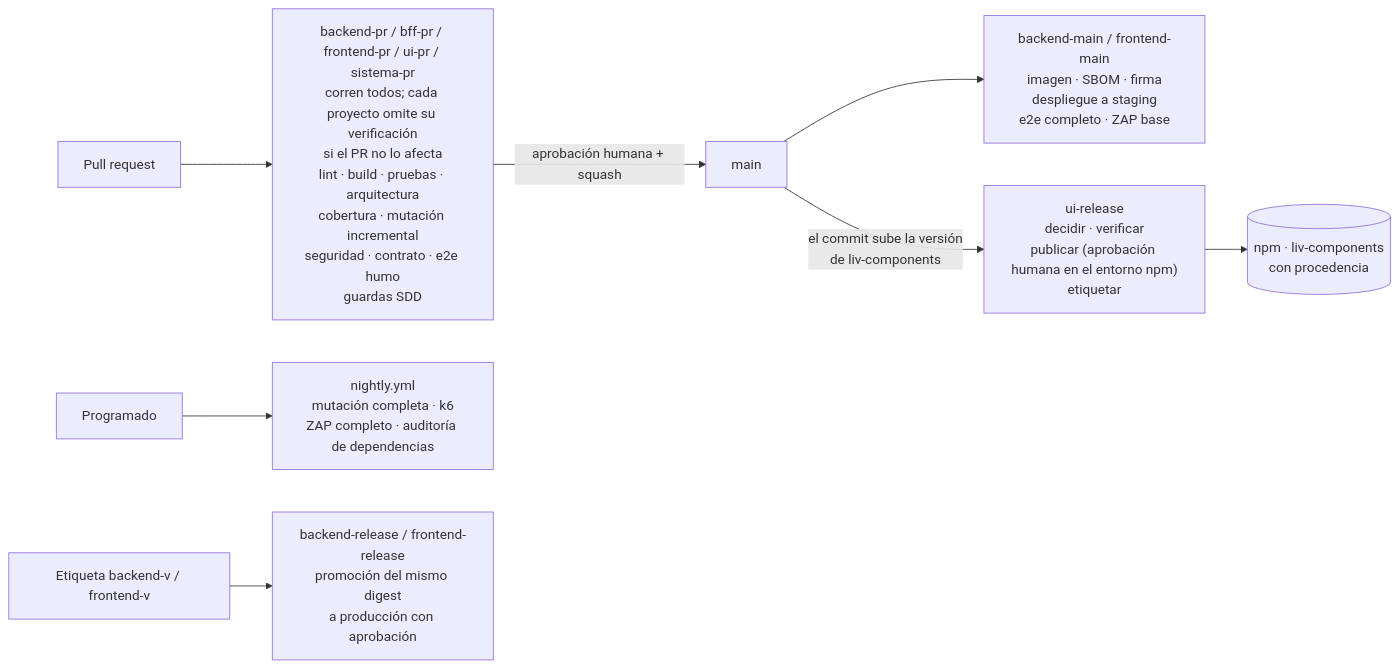
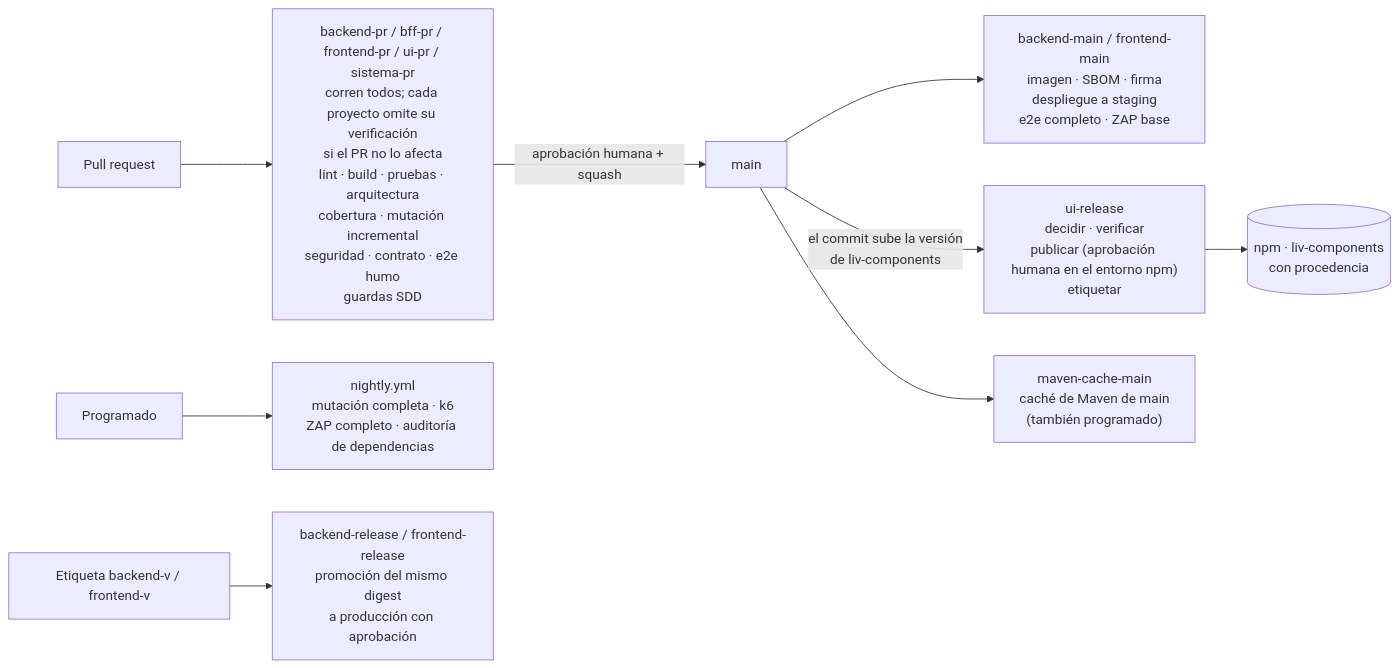
Before and after one commit to jorgearaujoSap/liv: the diagram in docs/arquitectura/04_Calidad_Testing_y_CI.md, drawn with Mermaid. The commit also changed other lines of this file and 8 other files, not shown here.

First line of the commit message:
ci(239): un solo productor de la caché de Maven en main (#248)

````diff
--- a/docs/arquitectura/04_Calidad_Testing_y_CI.md
+++ b/docs/arquitectura/04_Calidad_Testing_y_CI.md
@@ -214,10 +214,11 @@
 ```mermaid
 flowchart LR
     PR[Pull request] --> CHK["backend-pr / bff-pr / frontend-pr / ui-pr / sistema-pr<br/>corren todos; cada proyecto omite su verificación<br/>si el PR no lo afecta<br/>lint · build · pruebas · arquitectura<br/>cobertura · mutación incremental<br/>seguridad · contrato · e2e humo<br/>guardas SDD"]
     CHK -->|aprobación humana + squash| MAIN[main]
     MAIN --> M["backend-main / frontend-main<br/>imagen · SBOM · firma<br/>despliegue a staging<br/>e2e completo · ZAP base"]
     MAIN -->|"el commit sube la versión<br/>de liv-components"| U["ui-release<br/>decidir · verificar<br/>publicar (aprobación humana en el entorno npm)<br/>etiquetar"]
     U --> NPM[("npm · liv-components<br/>con procedencia")]
+    MAIN --> MC["maven-cache-main<br/>caché de Maven de main<br/>(también programado)"]
     NIGHT[Programado] --> N["nightly.yml<br/>mutación completa · k6<br/>ZAP completo · auditoría de dependencias"]
     TAG[Etiqueta backend-v / frontend-v] --> R["backend-release / frontend-release<br/>promoción del mismo digest<br/>a producción con aprobación"]
 ```
````
